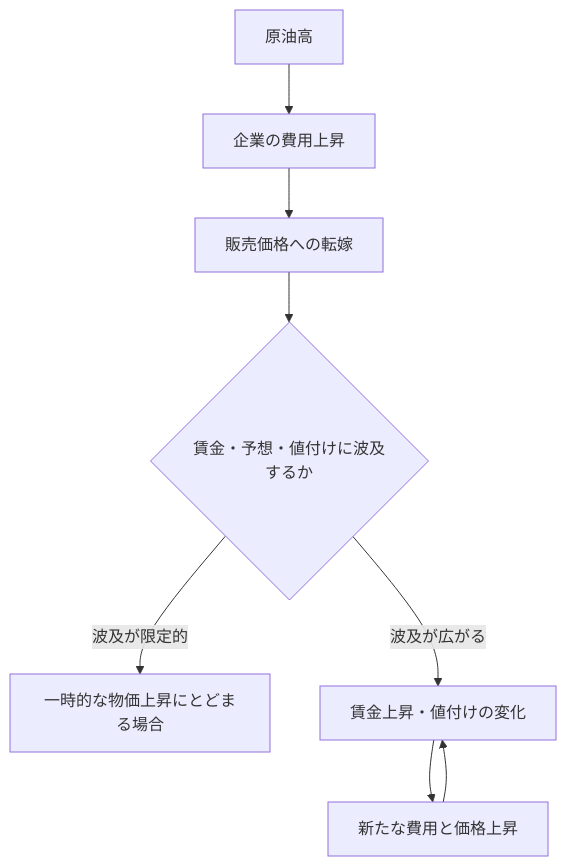
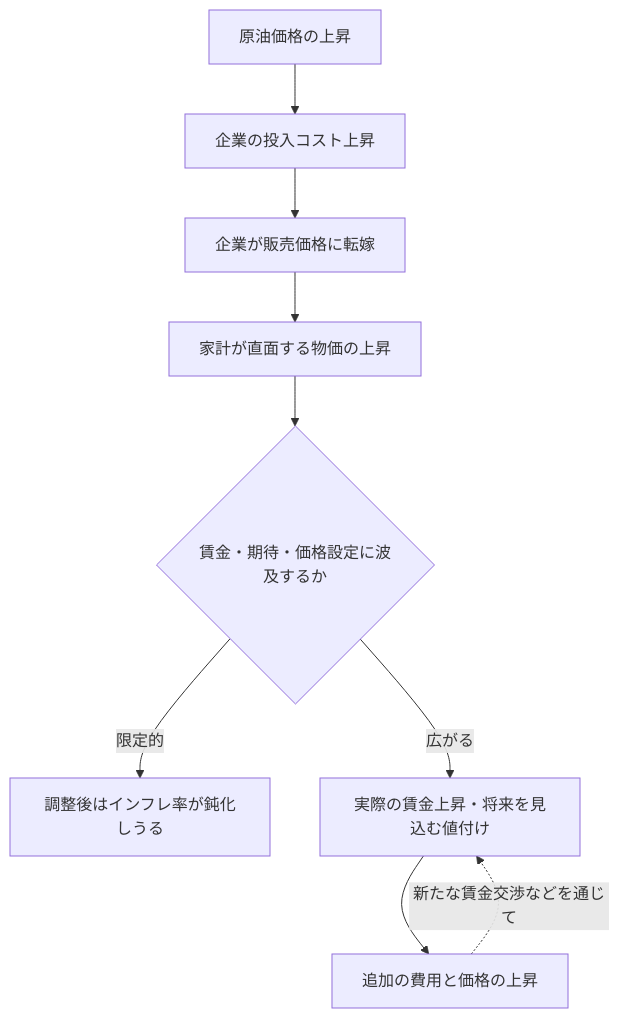
The diagram in articles/oil-shocks-inflation-regimes.md (Osino-Niso/econ-data-lab), drawn with Mermaid before and after one commit. The commit also changed other lines of this file and 1 other file, not shown here.

````diff
--- a/articles/oil-shocks-inflation-regimes.md
+++ b/articles/oil-shocks-inflation-regimes.md
@@ -75,10 +90,11 @@
-~~~mermaid
+```mermaid
 flowchart TB
-    A["原油高"] --> B["企業の費用上昇"]
-    B --> C["販売価格への転嫁"]
-    C --> D{"賃金・予想・値付けに波及するか"}
-    D -->|"波及が限定的"| E["一時的な物価上昇にとどまる場合"]
-    D -->|"波及が広がる"| F["賃金上昇・値付けの変化"]
-    F --> G["新たな費用と価格上昇"]
-    G --> F
-~~~
+    A["原油価格の上昇"] --> B["企業の投入コスト上昇"]
+    B --> C["企業が販売価格に転嫁"]
+    C --> D["家計が直面する物価の上昇"]
+    D --> E{"賃金・期待・価格設定に波及するか"}
+    E -->|"限定的"| F["調整後はインフレ率が鈍化しうる"]
+    E -->|"広がる"| G["実際の賃金上昇・将来を見込む値付け"]
+    G --> H["追加の費用と価格の上昇"]
+    H -.->|"新たな賃金交渉などを通じて"| G
+```
````
